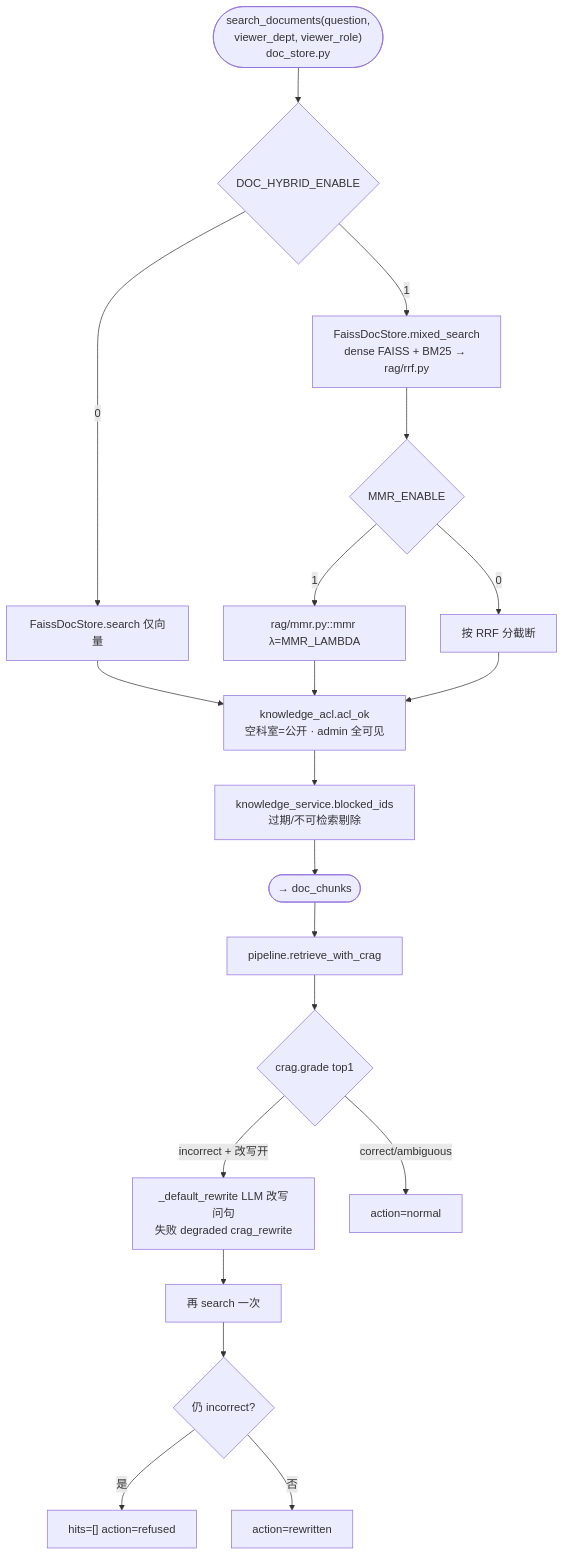
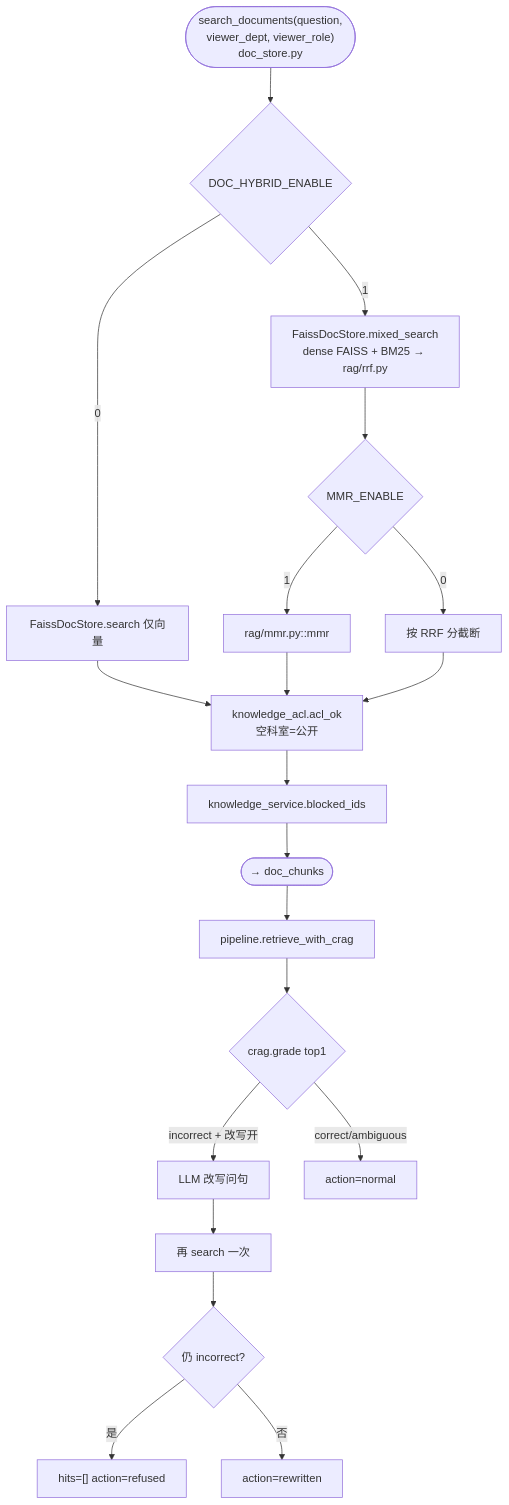
One commit to Ajet9009/chinese_medical changed the third of 7 diagrams in docs/系统架构.md. Above: the diagram before and after it, drawn with Mermaid. The commit also changed other lines of this file and 61 other files, not shown here.

````diff
--- a/docs/系统架构.md
+++ b/docs/系统架构.md
@@ -116,25 +133,24 @@
 ```mermaid
 flowchart TD
-    IN(["search_documents(question,<br/>viewer_dept, viewer_role)<br/>doc_store.py"]):::start
+    IN(["search_documents(question,<br/>viewer_dept, viewer_role)<br/>doc_store.py"])
     IN --> EN{"DOC_HYBRID_ENABLE"}
     EN -->|1| MIX["FaissDocStore.mixed_search<br/>dense FAISS + BM25 → rag/rrf.py"]
     EN -->|0| DEN["FaissDocStore.search 仅向量"]
     MIX --> MMR{"MMR_ENABLE"}
-    MMR -->|1| M1["rag/mmr.py::mmr λ=MMR_LAMBDA"]
+    MMR -->|1| M1["rag/mmr.py::mmr"]
     MMR -->|0| KEEP["按 RRF 分截断"]
     DEN --> ACL
     M1 --> ACL
     KEEP --> ACL
-    ACL["knowledge_acl.acl_ok<br/>空科室=公开 · admin 全可见"]
-    ACL --> BLK["knowledge_service.blocked_ids<br/>过期/不可检索剔除"]
-    BLK --> OUT(["→ doc_chunks"]):::start
-
+    ACL["knowledge_acl.acl_ok<br/>空科室=公开"]
+    ACL --> BLK["knowledge_service.blocked_ids"]
+    BLK --> OUT(["→ doc_chunks"])
     OUT --> CRAG["pipeline.retrieve_with_crag"]
     CRAG --> G{crag.grade top1}
-    G -->|incorrect + 改写开| RW["_default_rewrite LLM 改写问句<br/>失败 degraded crag_rewrite"]
+    G -->|incorrect + 改写开| RW["LLM 改写问句"]
     RW --> MIX2["再 search 一次"]
     MIX2 --> G2{仍 incorrect?}
     G2 -->|是| REF["hits=[] action=refused"]
     G2 -->|否| OK["action=rewritten"]
     G -->|correct/ambiguous| OK2["action=normal"]
 ```
````
